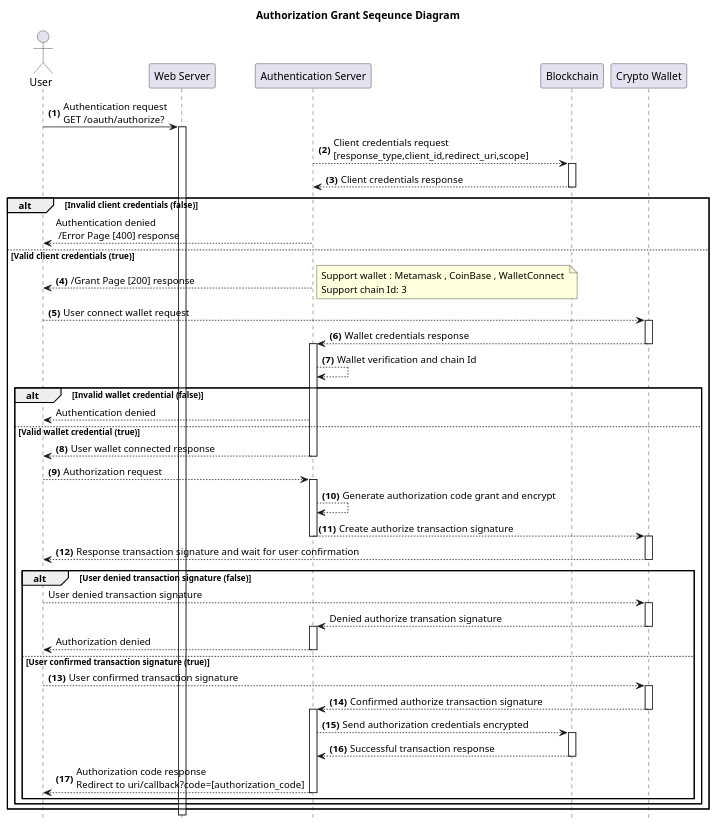
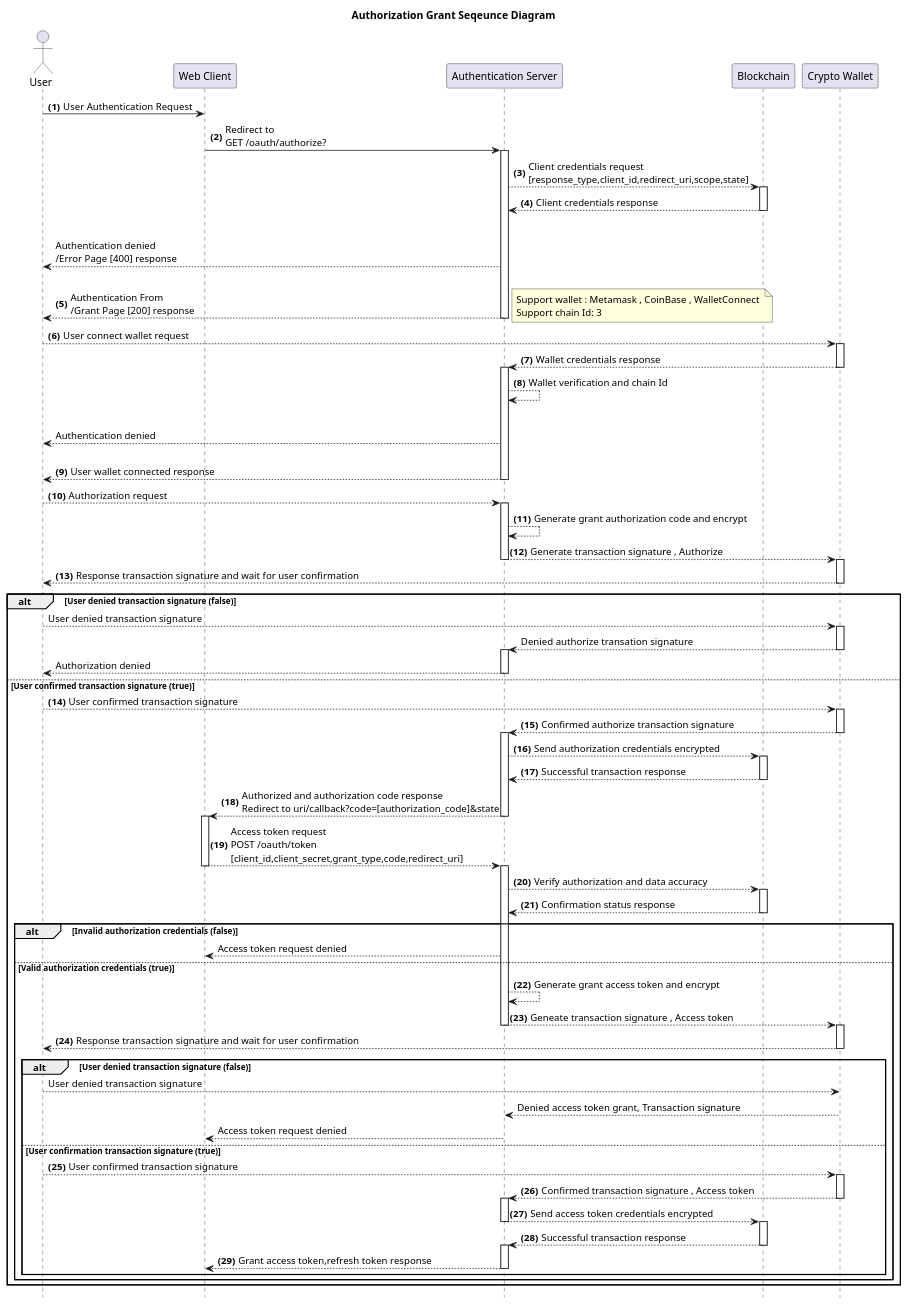
One commit to Kritsanawipankhet/CE64-41 changed the diagram in documents/diagrams/src/authentication-server/authorizationGrant.wsd. Above: the diagram before and after it, drawn with PlantUML. The commit also changed 4 other files, not shown here.

Commit message:
update sequence diagram

```diff
--- a/documents/diagrams/src/authentication-server/authorizationGrant.wsd
+++ b/documents/diagrams/src/authentication-server/authorizationGrant.wsd
@@ -1,45 +1,69 @@
 @startuml authorizationGrant
 title **Authorization Grant** Seqeunce Diagram
 hide footbox
 actor User
 autonumber "<b>(0)"
-"User" -> "Web Server" ++: Authentication request \nGET /oauth/authorize?
-"Authentication Server" --> "Blockchain" ++: Client credentials request\n[response_type,client_id,redirect_uri,scope]
+"User" -> "Web Client" : User Authentication Request
+"Web Client" -> "Authentication Server" ++:  Redirect to \nGET /oauth/authorize?
+"Authentication Server" --> "Blockchain" ++: Client credentials request\n[response_type,client_id,redirect_uri,scope,state]
 "Blockchain" --> "Authentication Server" --: Client credentials response
 alt Invalid client credentials (false)
     autonumber stop
-    "Authentication Server" --> "User": Authentication denied \n /Error Page [400] response
+    "Authentication Server" --> "User": Authentication denied \n/Error Page [400] response
 else Valid client credentials (true)
     autonumber resume
-    "Authentication Server" --> "User" --: /Grant Page [200] response
+    "Authentication Server" --> "User" --: Authentication From\n/Grant Page [200] response
     note right: Support wallet : Metamask , CoinBase , WalletConnect \nSupport chain Id: 3
     "User" --> "Crypto Wallet" ++: User connect wallet request
     "Crypto Wallet" --> "Authentication Server" --++:  Wallet credentials response
     "Authentication Server" --> "Authentication Server" : Wallet verification and chain Id
     alt Invalid wallet credential (false)
         autonumber stop
         "Authentication Server" --> "User" : Authentication denied
     else  Valid wallet credential (true) 
         autonumber resume
         "Authentication Server" --> "User" --: User wallet connected response
         "User" --> "Authentication Server" ++: Authorization request
-        "Authentication Server" --> "Authentication Server" : Generate authorization code grant and encrypt
-        "Authentication Server" --> "Crypto Wallet" --++: Create authorize transaction signature
+        "Authentication Server" --> "Authentication Server" : Generate grant authorization code and encrypt
+        "Authentication Server" --> "Crypto Wallet" --++: Generate transaction signature , Authorize
         "Crypto Wallet" --> "User" --:  Response transaction signature and wait for user confirmation
         alt  User denied transaction signature (false)
             autonumber stop
             "User" --> "Crypto Wallet" ++: User denied transaction signature
             "Crypto Wallet" --> "Authentication Server" --++: Denied authorize transation signature
             "Authentication Server" --> "User" --: Authorization denied
         else User confirmed transaction signature (true)
             autonumber resume
             "User" --> "Crypto Wallet" ++: User confirmed transaction signature
             "Crypto Wallet" --> "Authentication Server" --++: Confirmed authorize transaction signature
             "Authentication Server" --> "Blockchain" ++: Send authorization credentials encrypted
             "Blockchain" --> "Authentication Server" --: Successful transaction response
-            "Authentication Server" --> "User" --: Authorization code response \nRedirect to uri/callback?code=[authorization_code]
-        end
+            "Authentication Server" --> "Web Client" --++: Authorized and authorization code response \nRedirect to uri/callback?code=[authorization_code]&state
+            "Web Client" --> "Authentication Server" --++: Access token request \nPOST /oauth/token\n[client_id,client_secret,grant_type,code,redirect_uri]
+            "Authentication Server" --> "Blockchain" ++: Verify authorization and data accuracy  
+            "Blockchain" --> "Authentication Server" --: Confirmation status response
+            alt Invalid authorization credentials (false)
+                 autonumber stop
+                "Authentication Server" --> "Web Client" : Access token request denied 
+            else Valid authorization credentials (true)
+                autonumber resume
+                "Authentication Server" --> "Authentication Server" : Generate grant access token and encrypt
+                "Authentication Server" --> "Crypto Wallet" --++: Geneate transaction signature , Access token
+                "Crypto Wallet" --> "User" --: Response transaction signature and wait for user confirmation  
+                alt User denied transaction signature (false)
+                    autonumber stop
+                    "User" --> "Crypto Wallet" : User denied transaction signature
+                    "Crypto Wallet" --> "Authentication Server" : Denied access token grant, Transaction signature
+                    "Authentication Server" --> "Web Client" : Access token request denied
+                else User confirmation transaction signature (true)
+                    autonumber resume
+                    "User" --> "Crypto Wallet" ++: User confirmed transaction signature
+                    "Crypto Wallet" --> "Authentication Server" --++: Confirmed transaction signature , Access token
+                    "Authentication Server" --> "Blockchain" --++: Send access token credentials encrypted
+                    "Blockchain" --> "Authentication Server" --++: Successful transaction response
+                    "Authentication Server" --> "Web Client" --: Grant access token,refresh token response
+         end
        
     end
 end
 @enduml
```
